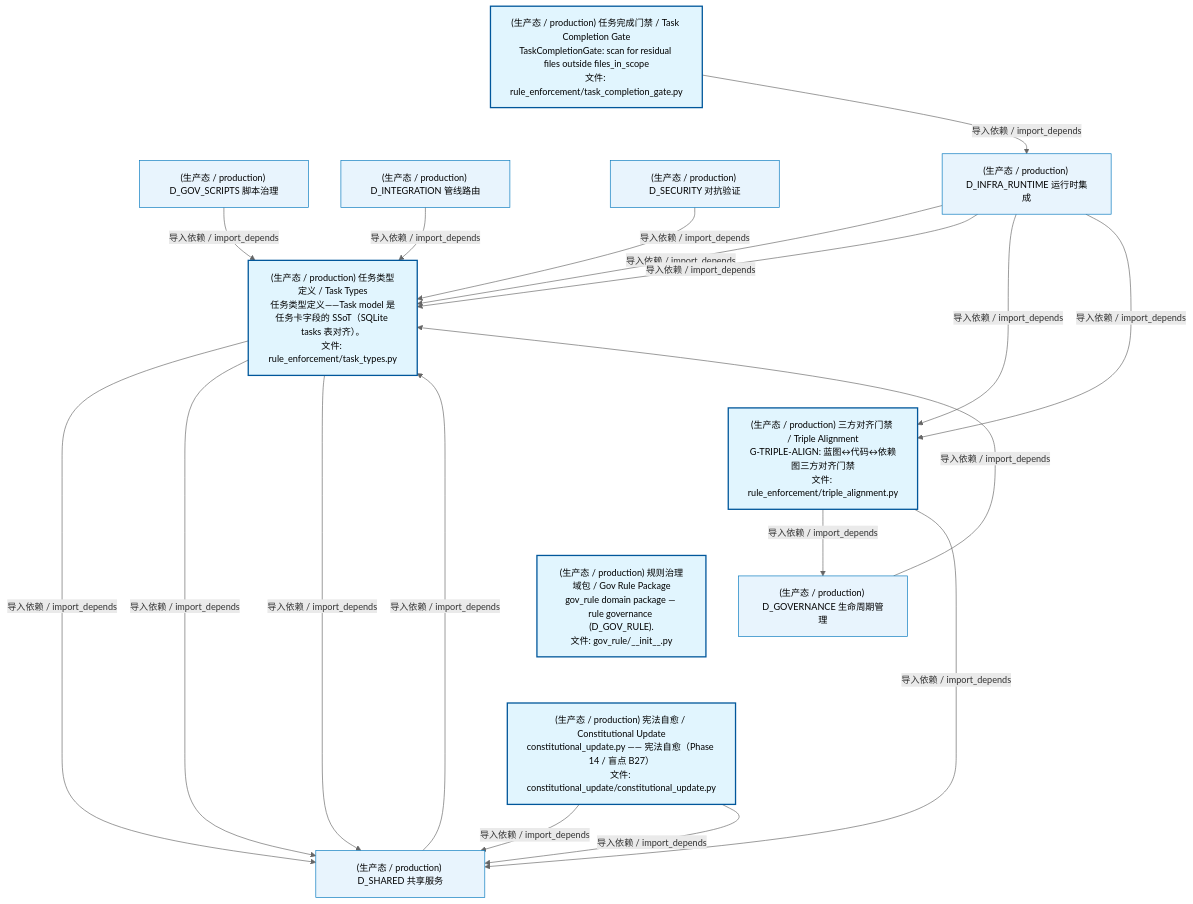
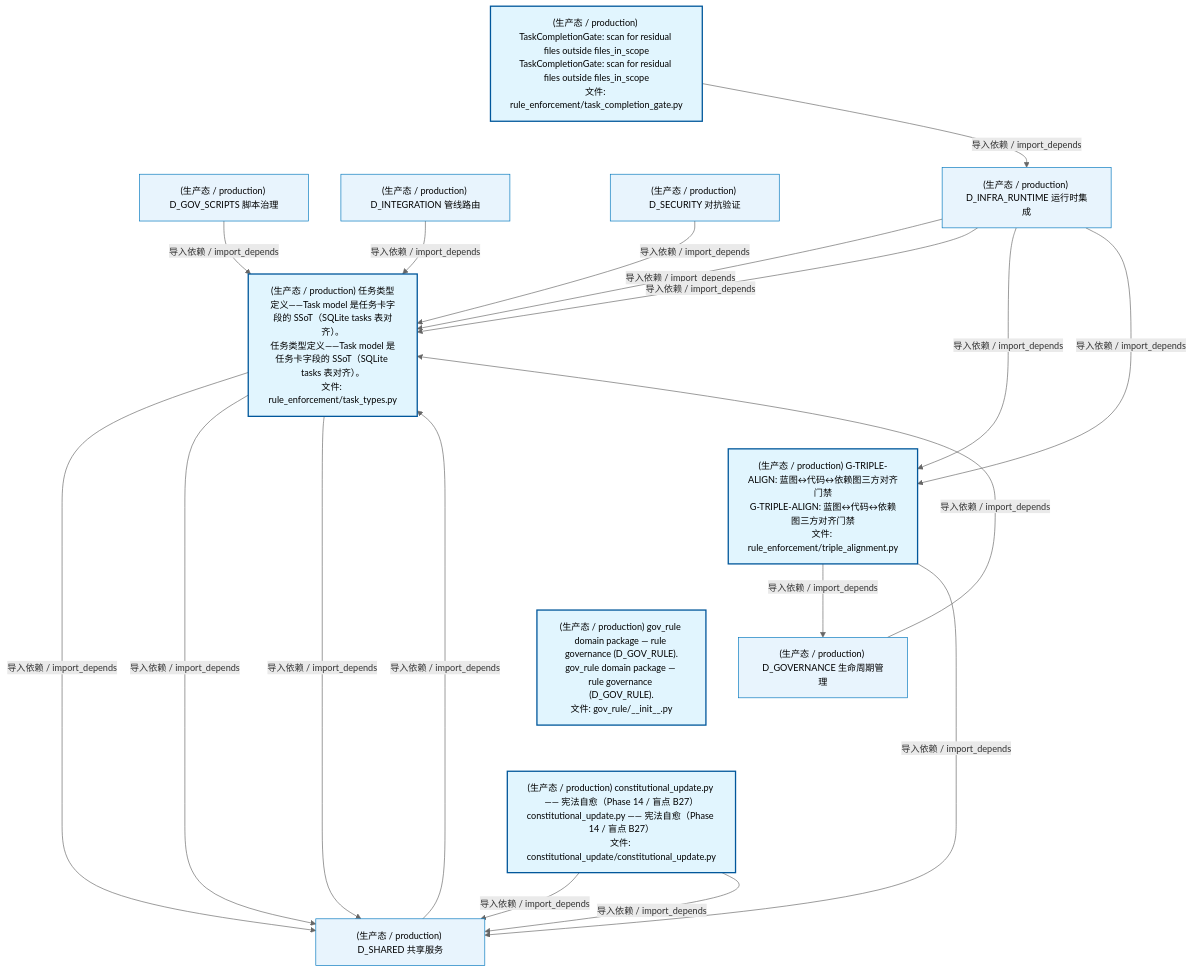
One commit to xuanFelixVan/ZephyrAlpha changed the second of 4 diagrams in docs/02_enterprise_architecture/02_domain_architecture_docs/55_d_gov_rule.md. Above: the diagram before and after it, drawn with Mermaid. The commit also changed other lines of this file and 75 other files, not shown here.

````diff
--- a/docs/02_enterprise_architecture/02_domain_architecture_docs/55_d_gov_rule.md
+++ b/docs/02_enterprise_architecture/02_domain_architecture_docs/55_d_gov_rule.md
@@ -219,42 +175,42 @@
 ```mermaid
 %%{init: {'theme': 'base', 'themeVariables': {'primaryColor': '#eaeaea', 'primaryTextColor': '#333333', 'primaryBorderColor': '#666666', 'lineColor': '#666666', 'secondaryColor': '#eaeaea', 'tertiaryColor': '#eaeaea', 'fontSize': '14px'}}}%%
 flowchart TD
-    src_zephyr_gov_enforcement_rule_enforcement_task_completion_gate_py["(生产态 / production) 任务完成门禁 / Task Completion Gate<br/>TaskCompletionGate: scan for residual files outside files_in_scope<br/>文件: rule_enforcement/task_completion_gate.py"]
-    src_zephyr_gov_enforcement_rule_enforcement_task_types_py["(生产态 / production) 任务类型定义 / Task Types<br/>任务类型定义——Task model 是任务卡字段的 SSoT（SQLite tasks 表对齐）。<br/>文件: rule_enforcement/task_types.py"]
-    src_zephyr_gov_enforcement_rule_enforcement_triple_alignment_py["(生产态 / production) 三方对齐门禁 / Triple Alignment<br/>G-TRIPLE-ALIGN: 蓝图↔代码↔依赖图三方对齐门禁<br/>文件: rule_enforcement/triple_alignment.py"]
-    src_zephyr_gov_rule_init_py["(生产态 / production) 规则治理域包 / Gov Rule Package<br/>gov_rule domain package — rule governance (D_GOV_RULE).<br/>文件: gov_rule/__init__.py"]
-    src_zephyr_gov_rule_constitutional_update_constitutional_update_py["(生产态 / production) 宪法自愈 / Constitutional Update<br/>constitutional_update.py —— 宪法自愈（Phase 14 / 盲点 B27）<br/>文件: constitutional_update/constitutional_update.py"]
+    src_zephyr_gov_enforcement_rule_enforcement_task_completion_gate_py["(生产态 / production) TaskCompletionGate: scan for residual files outside files_in_scope<br/>TaskCompletionGate: scan for residual files outside files_in_scope<br/>文件: rule_enforcement/task_completion_gate.py"]
+    src_zephyr_gov_enforcement_rule_enforcement_task_types_py["(生产态 / production) 任务类型定义——Task model 是任务卡字段的 SSoT（SQLite tasks 表对齐）。<br/>任务类型定义——Task model 是任务卡字段的 SSoT（SQLite tasks 表对齐）。<br/>文件: rule_enforcement/task_types.py"]
+    src_zephyr_gov_enforcement_rule_enforcement_triple_alignment_py["(生产态 / production) G-TRIPLE-ALIGN: 蓝图↔代码↔依赖图三方对齐门禁<br/>G-TRIPLE-ALIGN: 蓝图↔代码↔依赖图三方对齐门禁<br/>文件: rule_enforcement/triple_alignment.py"]
+    src_zephyr_gov_rule_init_py["(生产态 / production) gov_rule domain package — rule governance (D_GOV_RULE).<br/>gov_rule domain package — rule governance (D_GOV_RULE).<br/>文件: gov_rule/__init__.py"]
+    src_zephyr_gov_rule_constitutional_update_constitutional_update_py["(生产态 / production) constitutional_update.py —— 宪法自愈（Phase 14 / 盲点 B27）<br/>constitutional_update.py —— 宪法自愈（Phase 14 / 盲点 B27）<br/>文件: constitutional_update/constitutional_update.py"]
     src_zephyr_gov_enforcement_rule_enforcement_task_completion_gate_py ~~~ src_zephyr_gov_enforcement_rule_enforcement_task_types_py
     src_zephyr_gov_enforcement_rule_enforcement_task_types_py ~~~ src_zephyr_gov_enforcement_rule_enforcement_triple_alignment_py
     src_zephyr_gov_enforcement_rule_enforcement_triple_alignment_py ~~~ src_zephyr_gov_rule_init_py
     src_zephyr_gov_rule_init_py ~~~ src_zephyr_gov_rule_constitutional_update_constitutional_update_py
     D_INFRA_RUNTIME["(生产态 / production) D_INFRA_RUNTIME 运行时集成"]
     src_zephyr_gov_enforcement_rule_enforcement_task_completion_gate_py -->|导入依赖 / import_depends| D_INFRA_RUNTIME
     D_SHARED["(生产态 / production) D_SHARED 共享服务"]
     src_zephyr_gov_enforcement_rule_enforcement_task_types_py -->|导入依赖 / import_depends| D_SHARED
     src_zephyr_gov_rule_constitutional_update_constitutional_update_py -->|导入依赖 / import_depends| D_SHARED
     src_zephyr_gov_rule_constitutional_update_constitutional_update_py -->|导入依赖 / import_depends| D_SHARED
     D_GOVERNANCE["(生产态 / production) D_GOVERNANCE 生命周期管理"]
     src_zephyr_gov_enforcement_rule_enforcement_triple_alignment_py -->|导入依赖 / import_depends| D_GOVERNANCE
     src_zephyr_gov_enforcement_rule_enforcement_triple_alignment_py -->|导入依赖 / import_depends| D_SHARED
     src_zephyr_gov_enforcement_rule_enforcement_task_types_py -->|导入依赖 / import_depends| D_SHARED
     src_zephyr_gov_enforcement_rule_enforcement_task_types_py -->|导入依赖 / import_depends| D_SHARED
     D_INFRA_RUNTIME -->|导入依赖 / import_depends| src_zephyr_gov_enforcement_rule_enforcement_task_types_py
     D_GOV_SCRIPTS["(生产态 / production) D_GOV_SCRIPTS 脚本治理"]
     D_GOV_SCRIPTS -->|导入依赖 / import_depends| src_zephyr_gov_enforcement_rule_enforcement_task_types_py
     D_INTEGRATION["(生产态 / production) D_INTEGRATION 管线路由"]
     D_INTEGRATION -->|导入依赖 / import_depends| src_zephyr_gov_enforcement_rule_enforcement_task_types_py
     D_INFRA_RUNTIME -->|导入依赖 / import_depends| src_zephyr_gov_enforcement_rule_enforcement_task_types_py
     D_INFRA_RUNTIME -->|导入依赖 / import_depends| src_zephyr_gov_enforcement_rule_enforcement_triple_alignment_py
     D_SHARED -->|导入依赖 / import_depends| src_zephyr_gov_enforcement_rule_enforcement_task_types_py
     D_SECURITY["(生产态 / production) D_SECURITY 对抗验证"]
     D_SECURITY -->|导入依赖 / import_depends| src_zephyr_gov_enforcement_rule_enforcement_task_types_py
     D_INFRA_RUNTIME -->|导入依赖 / import_depends| src_zephyr_gov_enforcement_rule_enforcement_triple_alignment_py
     D_GOVERNANCE -->|导入依赖 / import_depends| src_zephyr_gov_enforcement_rule_enforcement_task_types_py
     classDef production fill:#e1f5fe,stroke:#01579b,stroke-width:2px,color:#000
     classDef design fill:#fff3e0,stroke:#e65100,stroke-width:2px,color:#000,stroke-dasharray: 5 5
     classDef external_prod fill:#e8f4fd,stroke:#0277bd,stroke-width:1px,color:#000
     classDef external_design fill:#fff8e7,stroke:#ef6c00,stroke-width:1px,color:#000,stroke-dasharray: 5 5
     class src_zephyr_gov_enforcement_rule_enforcement_task_completion_gate_py,src_zephyr_gov_enforcement_rule_enforcement_task_types_py,src_zephyr_gov_enforcement_rule_enforcement_triple_alignment_py,src_zephyr_gov_rule_init_py,src_zephyr_gov_rule_constitutional_update_constitutional_update_py production
     class D_INFRA_RUNTIME,D_SHARED,D_GOVERNANCE,D_GOV_SCRIPTS,D_INTEGRATION,D_SECURITY external_prod
 ```
````
